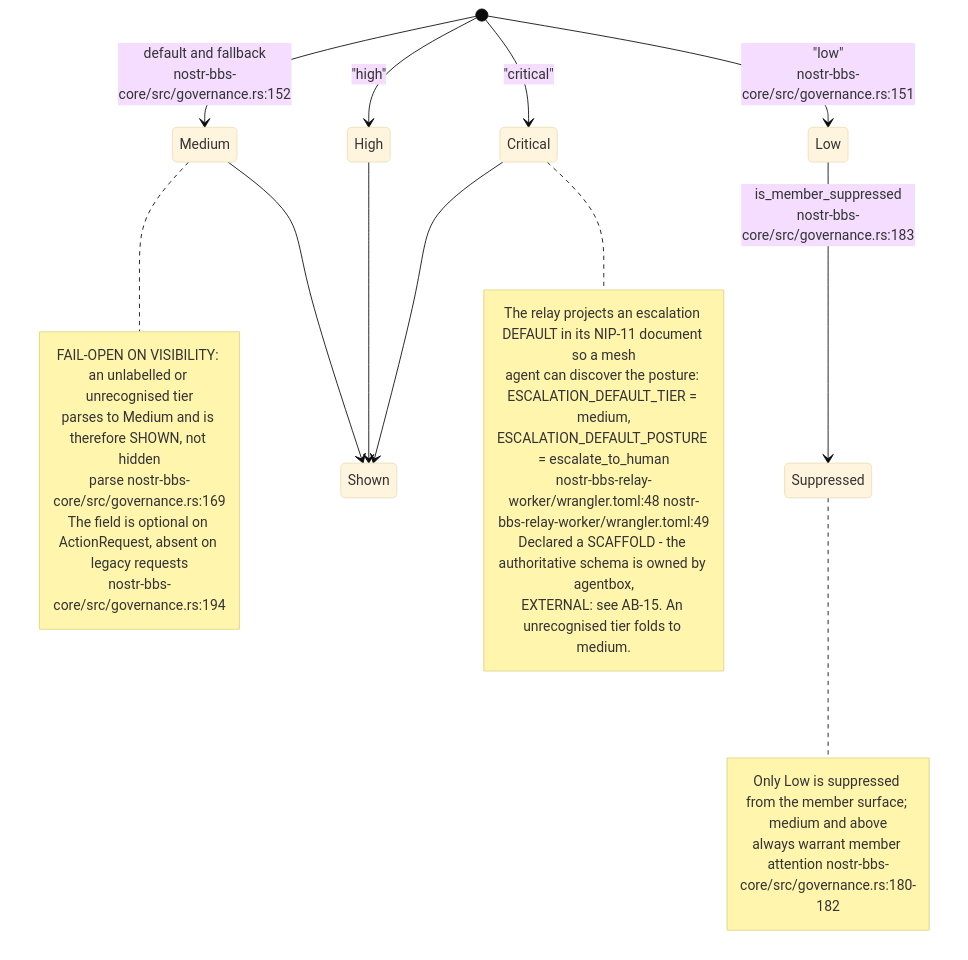
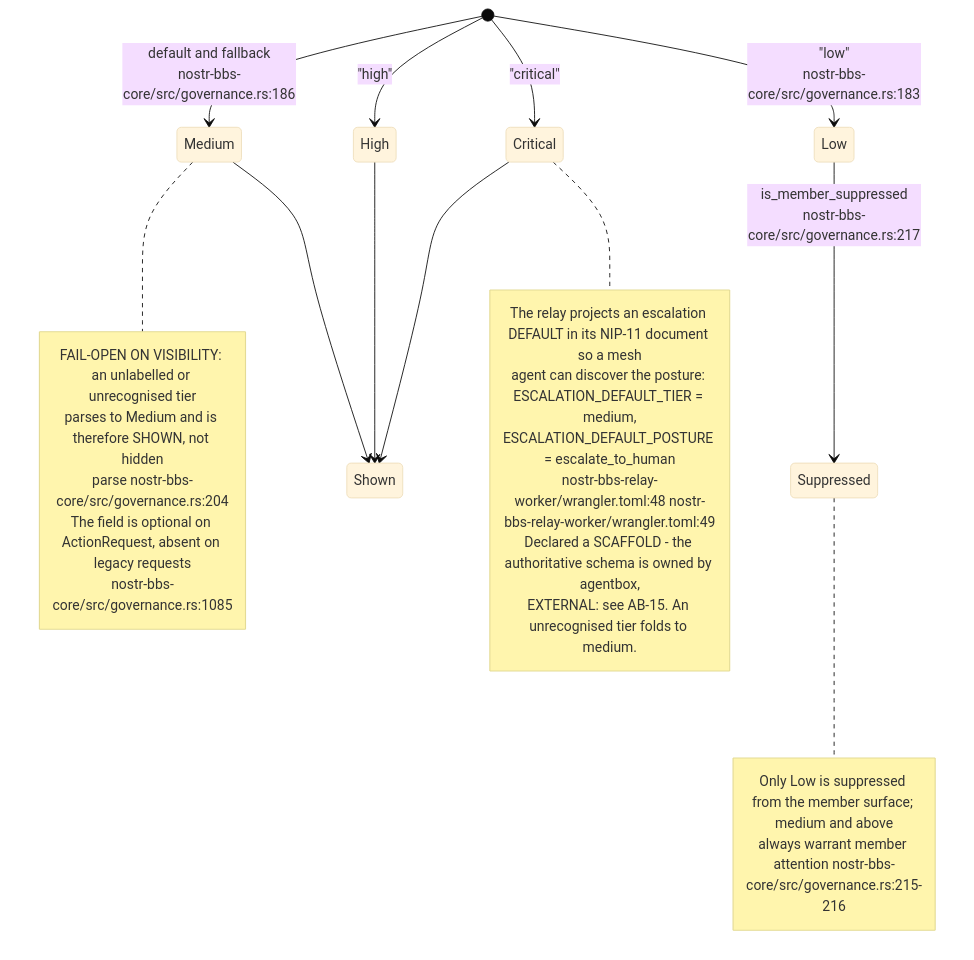
One commit to DreamLab-AI/VisionFlow changed the fifth of 15 diagrams in docs/diagrams/nostr-rust-forum/06-agent-control-surface-31400-31405.md. Above: the diagram before and after it, drawn with Mermaid (base theme). The commit also changed other lines of this file and 11 other files, not shown here.

````diff
--- a/docs/diagrams/nostr-rust-forum/06-agent-control-surface-31400-31405.md
+++ b/docs/diagrams/nostr-rust-forum/06-agent-control-surface-31400-31405.md
@@ -132,31 +130,31 @@
 ```mermaid
 stateDiagram-v2
-    [*] --> Medium: default and fallback<br/>nostr-bbs-core/src/governance.rs:152
-    [*] --> Low: "low"<br/>nostr-bbs-core/src/governance.rs:151
+    [*] --> Medium: default and fallback<br/>nostr-bbs-core/src/governance.rs:186
+    [*] --> Low: "low"<br/>nostr-bbs-core/src/governance.rs:183
     [*] --> High: "high"
     [*] --> Critical: "critical"
-    Low --> Suppressed: is_member_suppressed<br/>nostr-bbs-core/src/governance.rs:183
+    Low --> Suppressed: is_member_suppressed<br/>nostr-bbs-core/src/governance.rs:217
     Medium --> Shown
     High --> Shown
     Critical --> Shown
 
     note right of Medium
         FAIL-OPEN ON VISIBILITY: an unlabelled or unrecognised tier
         parses to Medium and is therefore SHOWN, not hidden
-        parse nostr-bbs-core/src/governance.rs:169
+        parse nostr-bbs-core/src/governance.rs:204
         The field is optional on ActionRequest, absent on legacy requests
-        nostr-bbs-core/src/governance.rs:194
+        nostr-bbs-core/src/governance.rs:1085
     end note
     note right of Suppressed
         Only Low is suppressed from the member surface; medium and above
-        always warrant member attention nostr-bbs-core/src/governance.rs:180-182
+        always warrant member attention nostr-bbs-core/src/governance.rs:215-216
     end note
     note right of Critical
         The relay projects an escalation DEFAULT in its NIP-11 document so a mesh
         agent can discover the posture: ESCALATION_DEFAULT_TIER = medium,
         ESCALATION_DEFAULT_POSTURE = escalate_to_human
         nostr-bbs-relay-worker/wrangler.toml:48 nostr-bbs-relay-worker/wrangler.toml:49
         Declared a SCAFFOLD - the authoritative schema is owned by agentbox,
         EXTERNAL: see AB-15. An unrecognised tier folds to medium.
     end note
 ```
````
